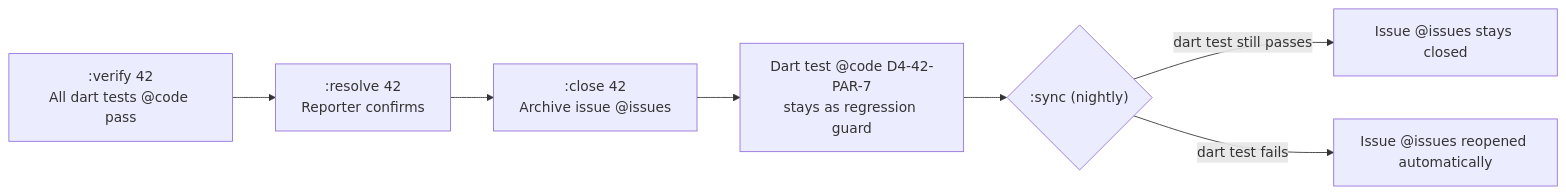
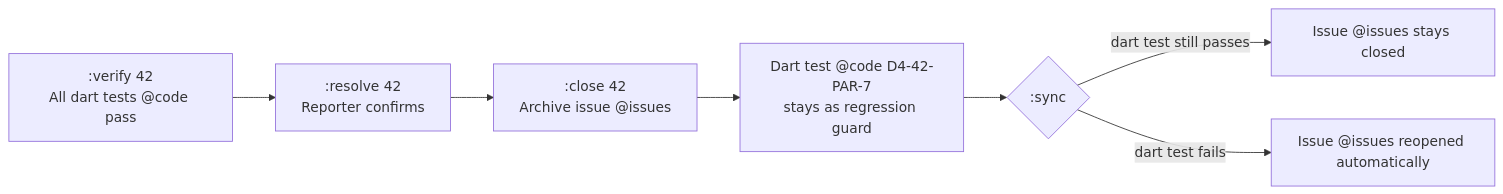
One commit to al-the-bear/tom_devops changed diagram 11 of 37 in tom_issue_kit/doc/issuekit_command_reference.md. Above: the diagram before and after it, drawn with Mermaid. The commit also changed other lines of this file and 15 other files, not shown here.

````diff
--- a/tom_issue_kit/doc/issuekit_command_reference.md
+++ b/tom_issue_kit/doc/issuekit_command_reference.md
@@ -559,9 +559,9 @@
 ```mermaid
 graph LR
     V[":verify 42<br/>All dart tests @code pass"] --> R[":resolve 42<br/>Reporter confirms"]
     R --> C[":close 42<br/>Archive issue @issues"]
     C --> G["Dart test @code D4-42-PAR-7<br/>stays as regression guard"]
-    G --> SY{":sync (nightly)"}
+    G --> SY{":sync"}
     SY -->|"dart test still passes"| OK["Issue @issues stays closed"]
     SY -->|"dart test fails"| RE["Issue @issues reopened automatically"]
 ```
````
